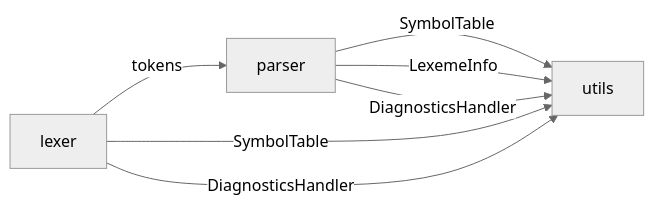
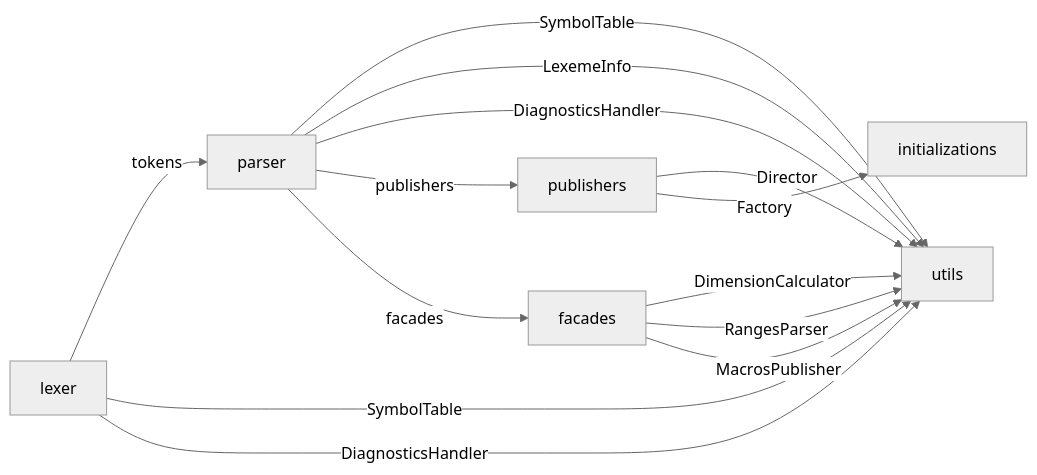
One commit to PascalUser/FLC-IEC61131-7 changed the first of 6 diagrams in doc/modules/parser.md. Above: the diagram before and after it, drawn with Mermaid (neutral theme). The commit also changed other lines of this file and 39 other files, not shown here.

````diff
--- a/doc/modules/parser.md
+++ b/doc/modules/parser.md
@@ -9,13 +9,22 @@
 ```mermaid
 flowchart LR
     lexer[lexer]
     parser[parser]
     utils[utils]
+    publishers[publishers]
+    facades[facades]
+    initializations[initializations]
     lexer -->|tokens| parser
     parser -->|SymbolTable| utils
     parser -->|LexemeInfo| utils
     parser -->|DiagnosticsHandler| utils
+    parser -->|publishers| publishers
+    publishers -->|Director| utils
+    publishers -->|Factory| initializations
+    parser -->|facades| facades
+    facades -->|DimensionCalculator| utils
+    facades -->|RangesParser| utils
+    facades -->|MacrosPublisher| utils
     lexer -->|SymbolTable| utils
     lexer -->|DiagnosticsHandler| utils
-
 ```
````
